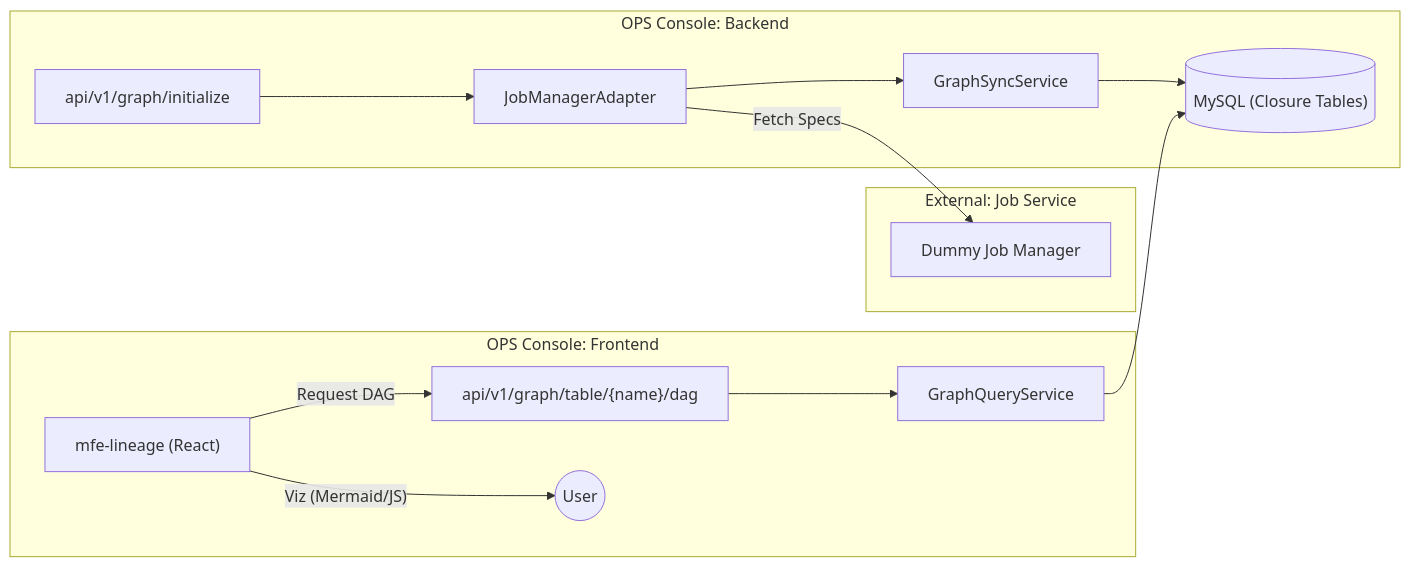
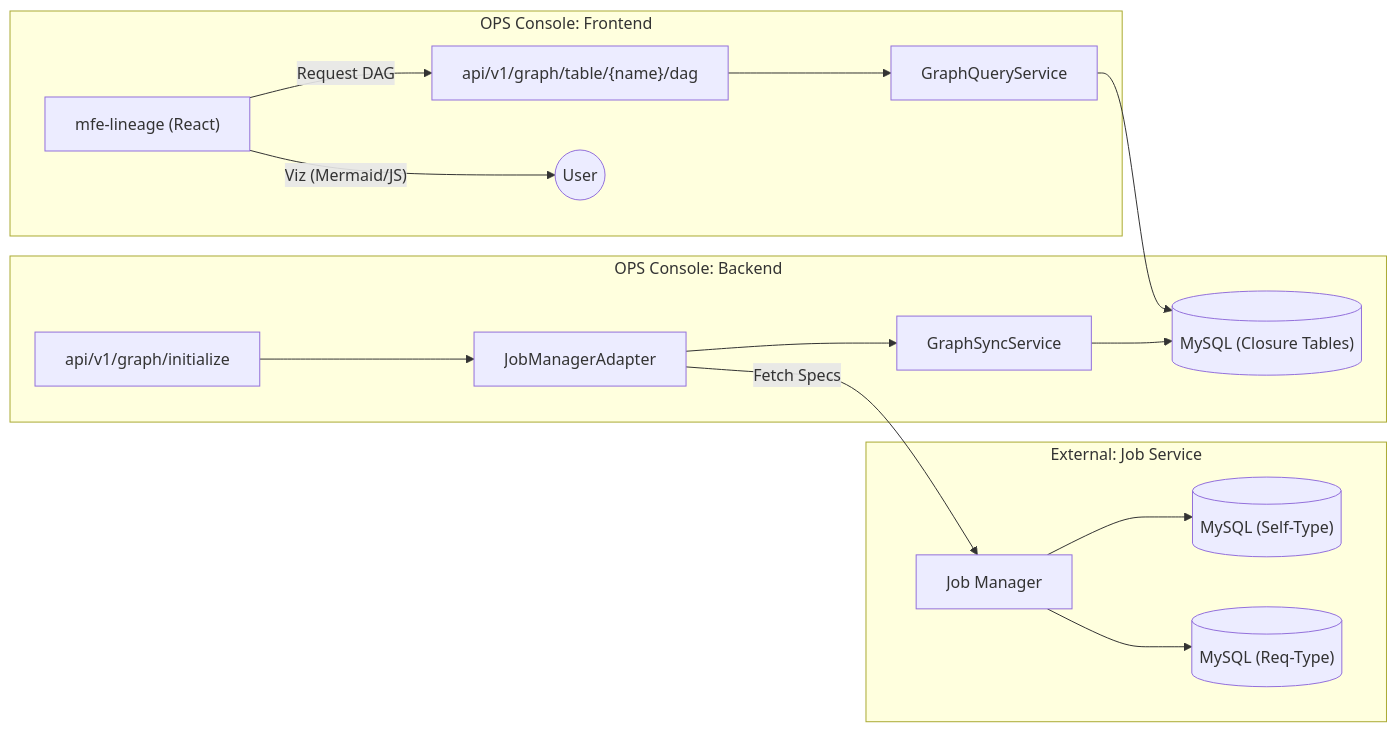
Before and after one commit to zer0pool/graph-viz: the diagram in docs/00.guides/codebase-map.md, drawn with Mermaid. The commit also changed other lines of this file and 64 other files, not shown here.

````diff
--- a/docs/00.guides/codebase-map.md
+++ b/docs/00.guides/codebase-map.md
@@ -80,20 +100,21 @@
 ```mermaid
 graph LR
     subgraph "External: Job Service"
-        DJM["Dummy Job Manager"]
+        DJM["Job Manager"] --> self_DB[("MySQL (Self-Type)")]
+        DJM --> req_DB[("MySQL (Req-Type)")]
     end
 
     subgraph "OPS Console: Backend"
         INIT["api/v1/graph/initialize"] --> ADAPT["JobManagerAdapter"]
         ADAPT -- "Fetch Specs" --> DJM
         ADAPT --> SYNC["GraphSyncService"]
         SYNC --> DB[("MySQL (Closure Tables)")]
     end
 
     subgraph "OPS Console: Frontend"
         MFE["mfe-lineage (React)"] -- "Request DAG" --> QUERY["api/v1/graph/table/{name}/dag"]
         QUERY --> Q_SVC["GraphQueryService"]
         Q_SVC --> DB
         MFE -- "Viz (Mermaid/JS)" --> USER((User))
     end
 ```
````
